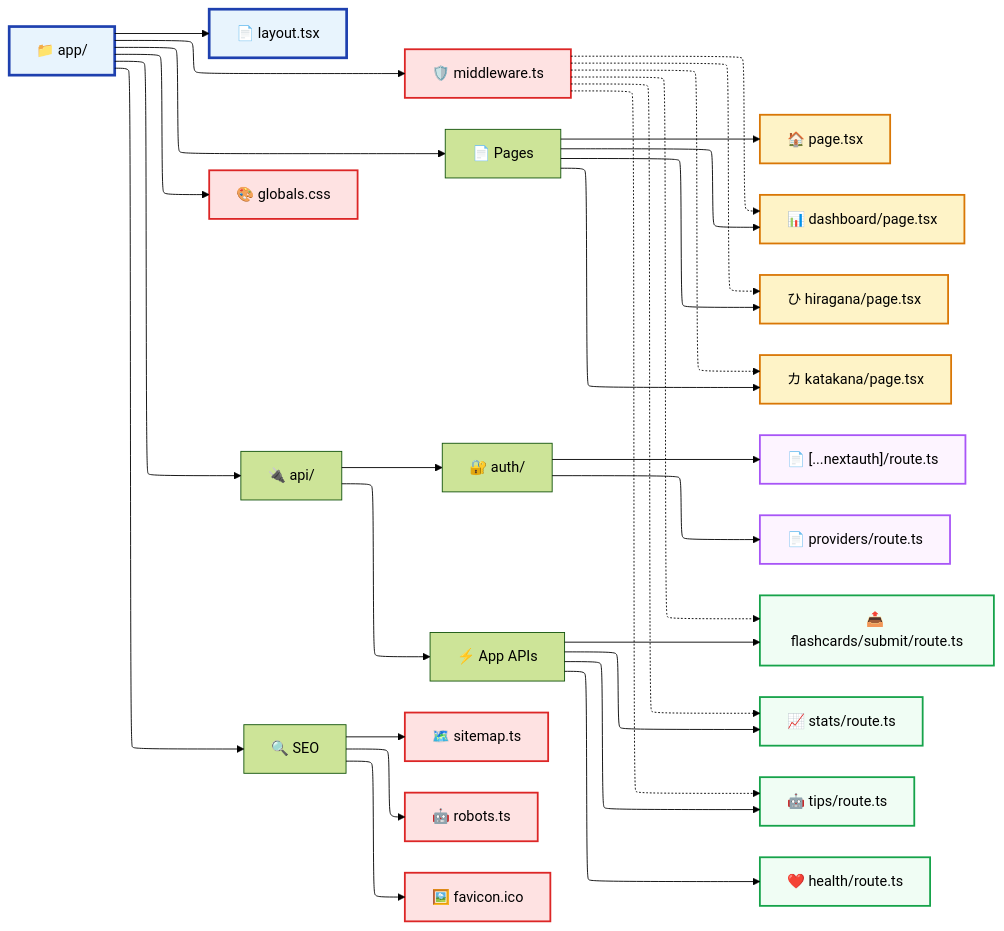
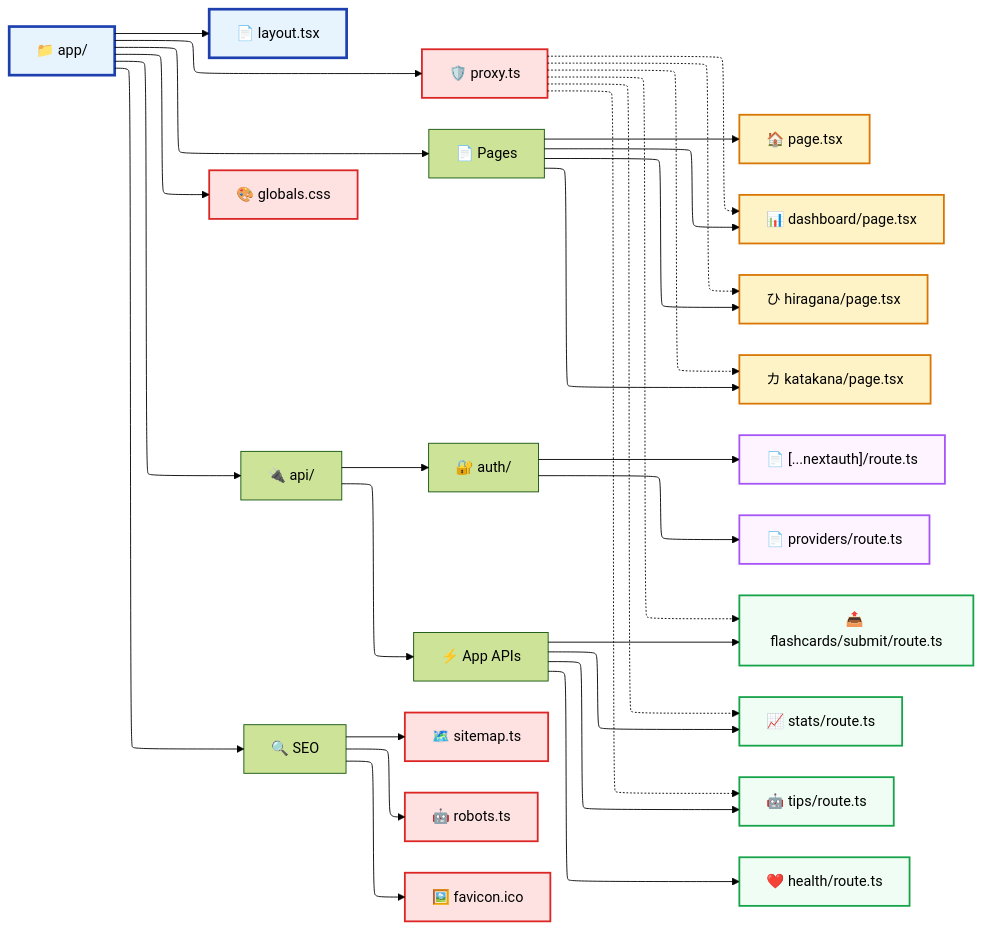
The diagram in docs/mermaid/app.mmd (sakan811/SakuMari), drawn with Mermaid before and after one commit. The commit also changed 9 other files, not shown here.

```diff
--- a/docs/mermaid/app.mmd
+++ b/docs/mermaid/app.mmd
@@ -1,53 +1,53 @@
 ---
 config:
   theme: 'forest'
   defaultRenderer: "elk"
   layout: elk
 ---
 flowchart LR
     AppRoot["📁 app/"]
 
     AppRoot --> RootLayout["📄 layout.tsx"]
-    AppRoot --> Middleware["🛡️ middleware.ts"]
+    AppRoot --> Proxy["🛡️ proxy.ts"]
     AppRoot --> GlobalCSS["🎨 globals.css"]
 
     AppRoot --> Pages["📄 Pages"]
     Pages --> HomePage["🏠 page.tsx"]
     Pages --> Dashboard["📊 dashboard/page.tsx"]
     Pages --> Hiragana["ひ hiragana/page.tsx"]
     Pages --> Katakana["カ katakana/page.tsx"]
 
     AppRoot --> API["🔌 api/"]
     API --> AuthAPI["🔐 auth/"]
     AuthAPI --> NextAuth["📄 [...nextauth]/route.ts"]
     AuthAPI --> Providers["📄 providers/route.ts"]
 
     API --> AppAPI["⚡ App APIs"]
     AppAPI --> SubmitAPI["📤 flashcards/submit/route.ts"]
     AppAPI --> StatsAPI["📈 stats/route.ts"]
     AppAPI --> TipsAPI["🤖 tips/route.ts"]
     AppAPI --> HealthAPI["❤️ health/route.ts"]
 
     AppRoot --> SEO["🔍 SEO"]
     SEO --> Sitemap["🗺️ sitemap.ts"]
     SEO --> Robots["🤖 robots.ts"]
     SEO --> Favicon["🖼️ favicon.ico"]
 
-    Middleware -.-> Dashboard
-    Middleware -.-> Hiragana
-    Middleware -.-> Katakana
-    Middleware -.-> SubmitAPI
-    Middleware -.-> StatsAPI
-    Middleware -.-> TipsAPI
+    Proxy -.-> Dashboard
+    Proxy -.-> Hiragana
+    Proxy -.-> Katakana
+    Proxy -.-> SubmitAPI
+    Proxy -.-> StatsAPI
+    Proxy -.-> TipsAPI
 
     classDef rootStructure fill:#e8f4fd,stroke:#1e40af,stroke-width:3px
     classDef pageRoute fill:#fef3c7,stroke:#d97706,stroke-width:2px
     classDef apiRoute fill:#f0fdf4,stroke:#16a34a,stroke-width:2px
     classDef authRoute fill:#fdf4ff,stroke:#a855f7,stroke-width:2px
     classDef globalFile fill:#fee2e2,stroke:#dc2626,stroke-width:2px
 
     class AppRoot,RootLayout rootStructure
     class HomePage,Dashboard,Hiragana,Katakana pageRoute
     class SubmitAPI,StatsAPI,TipsAPI,HealthAPI apiRoute
     class NextAuth,Providers authRoute
-    class Middleware,GlobalCSS,Sitemap,Robots,Favicon globalFile
+    class Proxy,GlobalCSS,Sitemap,Robots,Favicon globalFile
```
